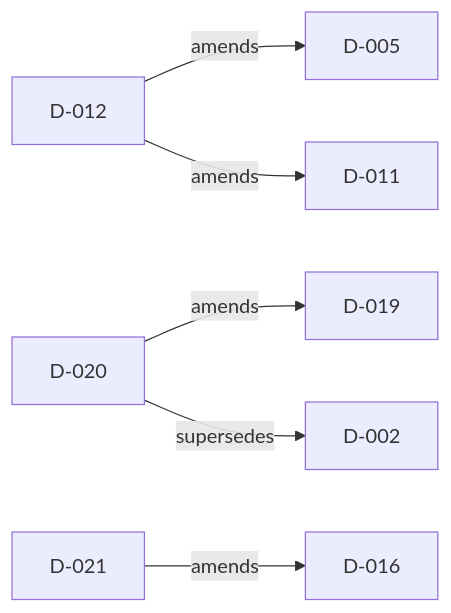
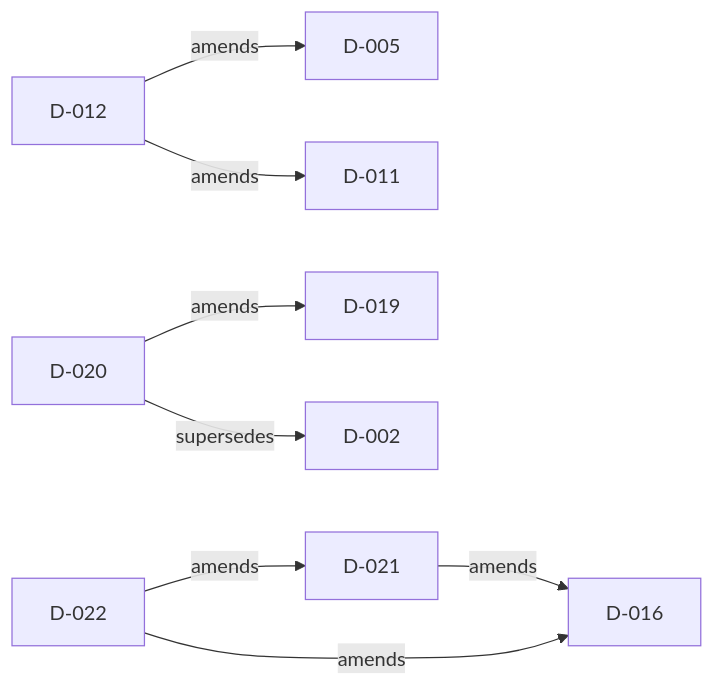
The diagram in docs/decisions/README.md (doka-labs/Doka.EntityFrameworkCore.NestedSet), drawn with Mermaid before and after one commit. The commit also changed other lines of this file and 23 other files, not shown here.

````diff
--- a/docs/decisions/README.md
+++ b/docs/decisions/README.md
@@ -41,8 +42,10 @@
 ```mermaid
 flowchart LR
     D_012["D-012"] -->|amends| D_005["D-005"]
     D_012["D-012"] -->|amends| D_011["D-011"]
     D_020["D-020"] -->|amends| D_019["D-019"]
     D_020["D-020"] -->|supersedes| D_002["D-002"]
     D_021["D-021"] -->|amends| D_016["D-016"]
+    D_022["D-022"] -->|amends| D_016["D-016"]
+    D_022["D-022"] -->|amends| D_021["D-021"]
 ```
````
